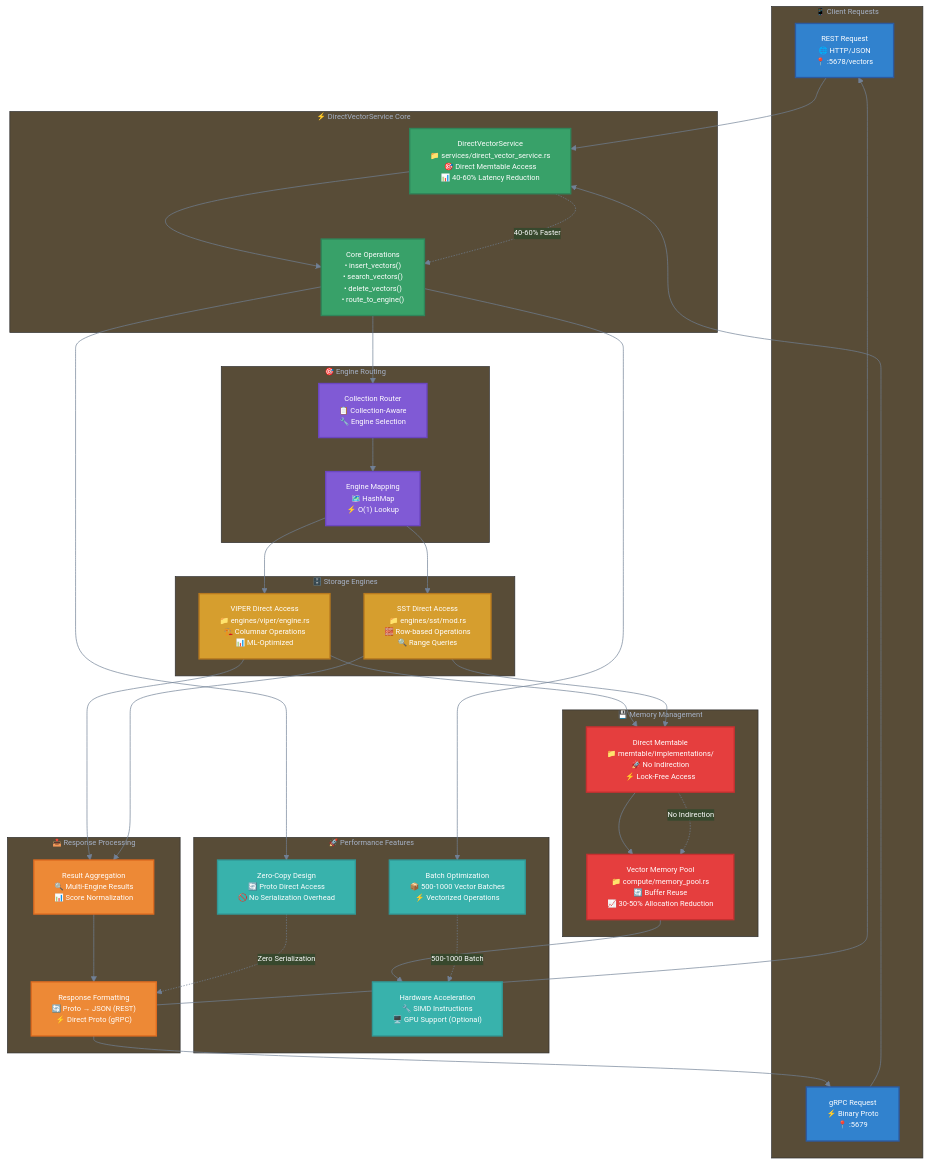
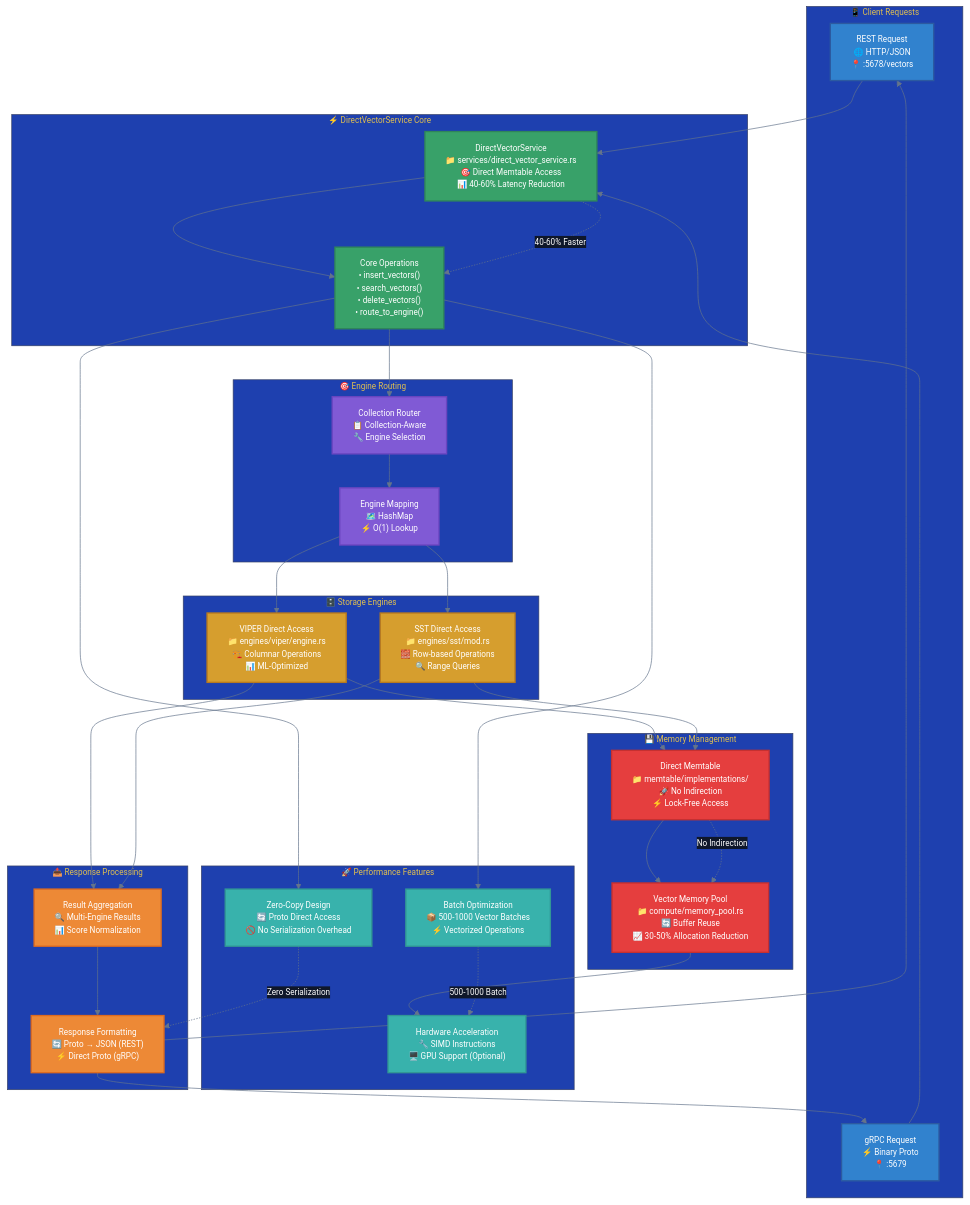
Before and after one commit to vjsingh1984/proximaDB: the diagram in docs/diagrams/direct-vector-service.mmd, drawn with Mermaid. The commit also changed 52 other files, not shown here.

First line of the commit message:
docs: streamline and consolidate documentation architecture

```diff
--- a/docs/diagrams/direct-vector-service.mmd
+++ b/docs/diagrams/direct-vector-service.mmd
@@ -1,101 +1,101 @@
-%%{init: {'theme':'base', 'themeVariables': { 'primaryColor':'#2d3748', 'primaryTextColor':'#ffffff', 'primaryBorderColor':'#4a5568', 'lineColor':'#718096', 'fontSize':'11px', 'fontFamily':'Inter, sans-serif'}}}%%
+%%{init: {'theme':'base', 'themeVariables': { 'primaryColor':'#1e293b', 'primaryTextColor':'#ffffff', 'primaryBorderColor':'#334155', 'lineColor':'#64748b', 'fontSize':'12px', 'fontFamily':'Inter, -apple-system, sans-serif', 'secondaryColor':'#0f172a', 'tertiaryColor':'#1e40af', 'background':'#ffffff', 'mainBkg':'#f8fafc', 'secondBkg':'#e2e8f0' }}}%%
 graph TB
     %% Client Request Layer
     subgraph ClientLayer["📱 Client Requests"]
         RestReq["REST Request<br/>🌐 HTTP/JSON<br/>📍 :5678/vectors"]
         GrpcReq["gRPC Request<br/>⚡ Binary Proto<br/>📍 :5679"]
     end
     
     %% Direct Vector Service Core
     subgraph ServiceCore["⚡ DirectVectorService Core"]
         ServiceMain["DirectVectorService<br/>📁 services/direct_vector_service.rs<br/>🎯 Direct Memtable Access<br/>📊 40-60% Latency Reduction"]
         
         Operations["Core Operations<br/>• insert_vectors()<br/>• search_vectors()<br/>• delete_vectors()<br/>• route_to_engine()"]
     end
     
     %% Engine Routing Logic
     subgraph RoutingLogic["🎯 Engine Routing"]
         CollectionRouter["Collection Router<br/>📋 Collection-Aware<br/>🔧 Engine Selection"]
         
         EngineMap["Engine Mapping<br/>🗺️ HashMap<String, Engine><br/>⚡ O(1) Lookup"]
     end
     
     %% Storage Engine Integration
     subgraph StorageEngines["🗄️ Storage Engines"]
         ViperDirect["VIPER Direct Access<br/>📁 engines/viper/engine.rs<br/>🏗️ Columnar Operations<br/>📊 ML-Optimized"]
         
         SstDirect["SST Direct Access<br/>📁 engines/sst/mod.rs<br/>🧱 Row-based Operations<br/>🔍 Range Queries"]
     end
     
     %% Memory Management
     subgraph MemoryMgmt["💾 Memory Management"]
         DirectMemtable["Direct Memtable<br/>📁 memtable/implementations/<br/>🚀 No Indirection<br/>⚡ Lock-Free Access"]
         
         VectorPool["Vector Memory Pool<br/>📁 compute/memory_pool.rs<br/>🔄 Buffer Reuse<br/>📈 30-50% Allocation Reduction"]
     end
     
     %% Performance Features
     subgraph PerfFeatures["🚀 Performance Features"]
         BatchOpt["Batch Optimization<br/>📦 500-1000 Vector Batches<br/>⚡ Vectorized Operations"]
         
         ZeroCopy["Zero-Copy Design<br/>🔄 Proto Direct Access<br/>🚫 No Serialization Overhead"]
         
         HardwareAccel["Hardware Acceleration<br/>🔧 SIMD Instructions<br/>🖥️ GPU Support (Optional)"]
     end
     
     %% Response Path
     subgraph ResponsePath["📤 Response Processing"]
         ResultAgg["Result Aggregation<br/>🔍 Multi-Engine Results<br/>📊 Score Normalization"]
         
         ResponseFormat["Response Formatting<br/>🔄 Proto → JSON (REST)<br/>⚡ Direct Proto (gRPC)"]
     end
     
     %% Request Flow
     RestReq --> ServiceMain
     GrpcReq --> ServiceMain
     
     ServiceMain --> Operations
     Operations --> CollectionRouter
     CollectionRouter --> EngineMap
     
     EngineMap --> ViperDirect
     EngineMap --> SstDirect
     
     ViperDirect --> DirectMemtable
     SstDirect --> DirectMemtable
     DirectMemtable --> VectorPool
     
     %% Performance Integration
     Operations --> BatchOpt
     Operations --> ZeroCopy
     VectorPool --> HardwareAccel
     
     %% Response Flow
     ViperDirect --> ResultAgg
     SstDirect --> ResultAgg
     ResultAgg --> ResponseFormat
     ResponseFormat --> RestReq
     ResponseFormat --> GrpcReq
     
     %% Performance Metrics Annotations
     ServiceMain -.->|"40-60% Faster"| Operations
     DirectMemtable -.->|"No Indirection"| VectorPool
     BatchOpt -.->|"500-1000 Batch"| HardwareAccel
     ZeroCopy -.->|"Zero Serialization"| ResponseFormat
     
     %% Styling
     classDef clientStyle fill:#3182ce,stroke:#2c5aa0,stroke-width:2px,color:#ffffff
     classDef serviceStyle fill:#38a169,stroke:#2f855a,stroke-width:2px,color:#ffffff
     classDef routingStyle fill:#805ad5,stroke:#6b46c1,stroke-width:2px,color:#ffffff
     classDef storageStyle fill:#d69e2e,stroke:#b7791f,stroke-width:2px,color:#ffffff
     classDef memoryStyle fill:#e53e3e,stroke:#c53030,stroke-width:2px,color:#ffffff
     classDef perfStyle fill:#38b2ac,stroke:#319795,stroke-width:2px,color:#ffffff
     classDef responseStyle fill:#ed8936,stroke:#dd6b20,stroke-width:2px,color:#ffffff
     
     class RestReq,GrpcReq clientStyle
     class ServiceMain,Operations serviceStyle
     class CollectionRouter,EngineMap routingStyle
     class ViperDirect,SstDirect storageStyle
     class DirectMemtable,VectorPool memoryStyle
     class BatchOpt,ZeroCopy,HardwareAccel perfStyle
     class ResultAgg,ResponseFormat responseStyle
```
